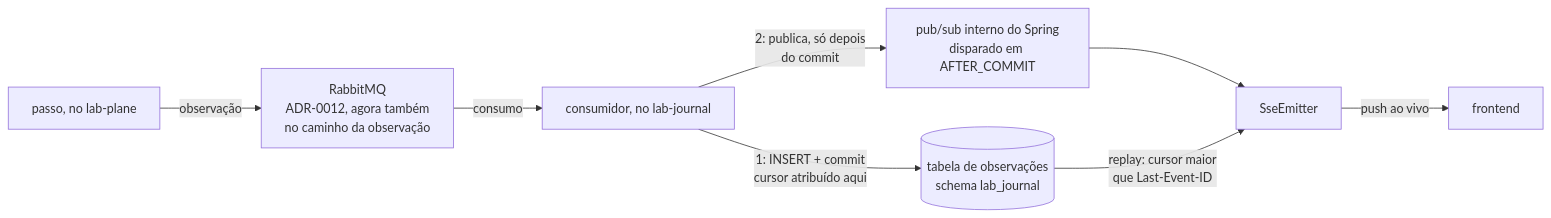
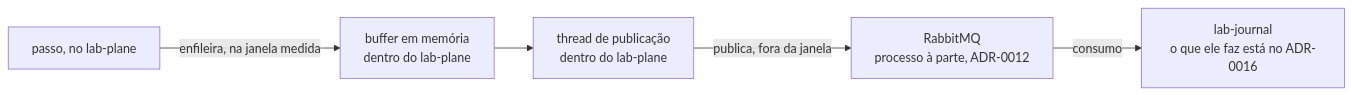
Before and after one commit to da0hn/distributed-systems-experiment-lab: the second of 2 diagrams in docs/adr/0014-o-broker-na-travessia-da-observacao-e-o-cursor-monotonico-do-replay.md, drawn with Mermaid. The commit also changed other lines of this file and 21 other files, not shown here.

````diff
--- a/docs/adr/0014-o-broker-na-travessia-da-observacao-e-o-cursor-monotonico-do-replay.md
+++ b/docs/adr/0014-o-broker-na-travessia-da-observacao-e-o-cursor-monotonico-do-replay.md
@@ -79,17 +193,12 @@
 ```mermaid
 flowchart LR
     PS["passo, no lab-plane"]
-    RB["RabbitMQ<br/>ADR-0012, agora também<br/>no caminho da observação"]
-    CO["consumidor, no lab-journal"]
-    DB[("tabela de observações<br/>schema lab_journal")]
-    PB["pub/sub interno do Spring<br/>disparado em AFTER_COMMIT"]
-    SE["SseEmitter"]
-    FE["frontend"]
-    PS -->|" observação "| RB
-    RB -->|" consumo "| CO
-    CO -->|" 1: INSERT + commit<br/>cursor atribuído aqui "| DB
-    CO -->|" 2: publica, só depois<br/>do commit "| PB
-    PB --> SE
-    SE -->|" push ao vivo "| FE
-    DB -->|" replay: cursor maior<br/>que Last-Event-ID "| SE
+    BUF["buffer em memória<br/>dentro do lab-plane"]
+    TH["thread de publicação<br/>dentro do lab-plane"]
+    RB["RabbitMQ<br/>processo à parte, ADR-0012"]
+    LJ["lab-journal<br/>o que ele faz está no ADR-0016"]
+    PS -->|" enfileira, na janela medida "| BUF
+    BUF --> TH
+    TH -->|" publica, fora da janela "| RB
+    RB -->|" consumo "| LJ
 ```
````
